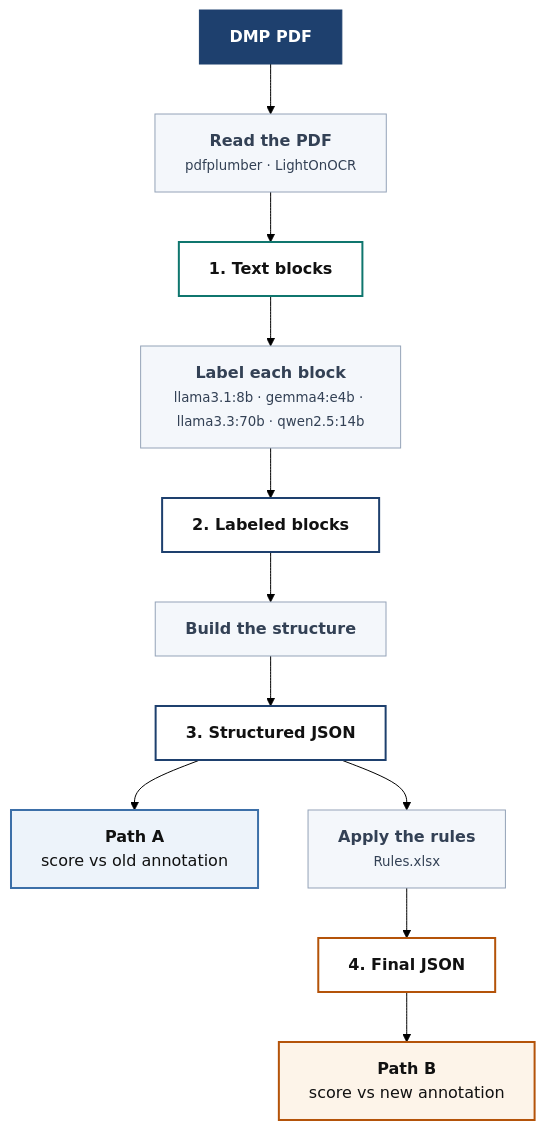
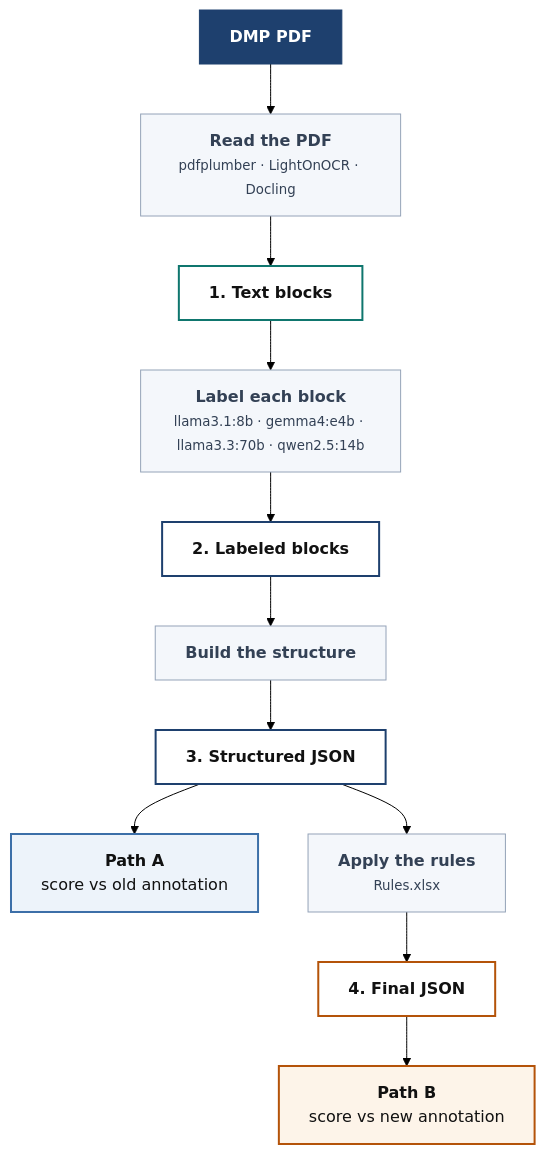
The diagram in README.md (fairdataihub/dmpbridge), drawn with Mermaid (forest theme) before and after one commit. The commit also changed other lines of this file and 58 other files, not shown here.

````diff
--- a/README.md
+++ b/README.md
@@ -16,32 +16,32 @@
 ```mermaid
 flowchart TD
     PDF["<b>DMP PDF</b>"]
 
-    PDF --> READ["<b>Read the PDF</b><br/><small>pdfplumber · LightOnOCR</small>"]
+    PDF --> READ["<b>Read the PDF</b><br/><small>pdfplumber · LightOnOCR · Docling</small>"]
     READ --> S1["<b>1. Text blocks</b>"]
     S1 --> LABEL["<b>Label each block</b><br/><small>llama3.1:8b · gemma4:e4b · llama3.3:70b · qwen2.5:14b</small>"]
     LABEL --> S2["<b>2. Labeled blocks</b>"]
     S2 --> BUILD["<b>Build the structure</b>"]
     BUILD --> S3["<b>3. Structured JSON</b>"]
 
     S3 --> PATHA["<b>Path A</b><br/>score vs old annotation"]
     S3 --> RULES["<b>Apply the rules</b><br/><small>Rules.xlsx</small>"]
     RULES --> S4["<b>4. Final JSON</b>"]
     S4 --> PATHB["<b>Path B</b><br/>score vs new annotation"]
 
     classDef input  fill:#1E406E,stroke:#1E406E,color:#ffffff
     classDef step   fill:#F4F7FB,stroke:#94A3B8,stroke-width:1px,color:#334155
     classDef cached fill:#ffffff,stroke:#0F766E,stroke-width:2px,color:#111
     classDef data   fill:#ffffff,stroke:#1E406E,stroke-width:2px,color:#111
     classDef rules  fill:#ffffff,stroke:#B45309,stroke-width:2px,color:#111
     classDef pathA  fill:#EDF3FA,stroke:#3C6FA8,stroke-width:2px,color:#111
     classDef pathB  fill:#FDF4E9,stroke:#B45309,stroke-width:2px,color:#111
 
     class PDF input
     class READ,LABEL,BUILD,RULES step
     class S1 cached
     class S2,S3 data
     class S4 rules
     class PATHA pathA
     class PATHB pathB
 ```
````
